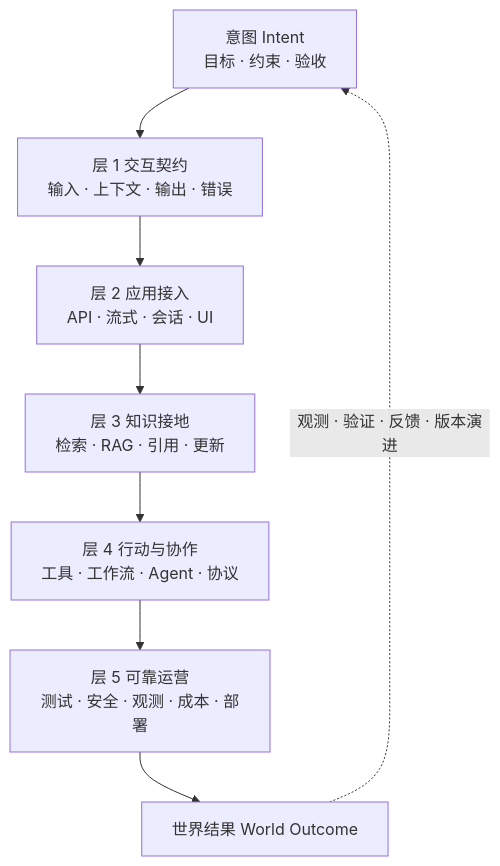
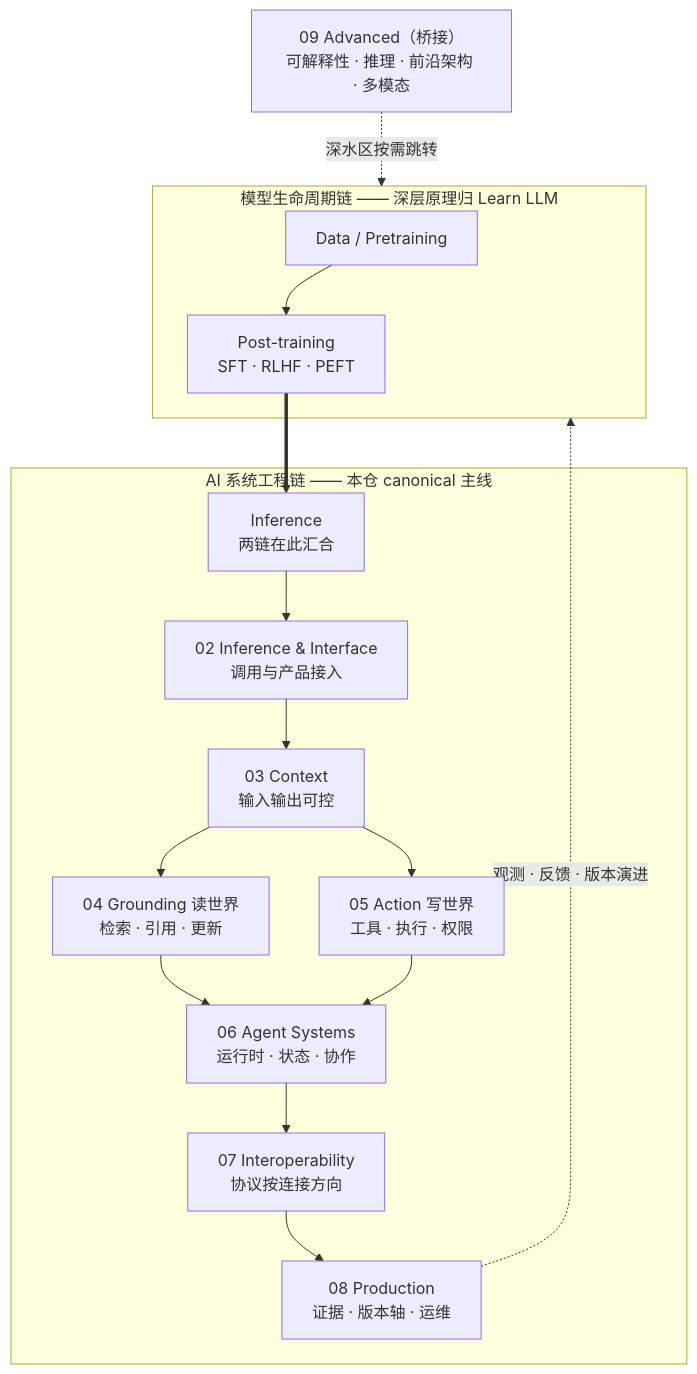
Before and after one commit to zenHeart/learn-ai: the diagram in docs/zh/tech/index.md, drawn with Mermaid. The commit also changed other lines of this file and 61 other files, not shown here.

First line of the commit message:
feat(waveA): add v6 group pages — model-lifecycle bridges, inference pair, context split, hooks, agentops, advanced cards

````diff
--- a/docs/zh/tech/index.md
+++ b/docs/zh/tech/index.md
@@ -32,10 +36,19 @@
 ```mermaid
 flowchart TB
-    I["意图 Intent<br/>目标 · 约束 · 验收"] --> L1["层 1 交互契约<br/>输入 · 上下文 · 输出 · 错误"]
-    L1 --> L2["层 2 应用接入<br/>API · 流式 · 会话 · UI"]
-    L2 --> L3["层 3 知识接地<br/>检索 · RAG · 引用 · 更新"]
-    L3 --> L4["层 4 行动与协作<br/>工具 · 工作流 · Agent · 协议"]
-    L4 --> L5["层 5 可靠运营<br/>测试 · 安全 · 观测 · 成本 · 部署"]
-    L5 --> W["世界结果 World Outcome"]
-    W -. "观测 · 验证 · 反馈 · 版本演进" .-> I
+    subgraph ML["模型生命周期链 —— 深层原理归 Learn LLM"]
+        M1["Data / Pretraining"] --> M2["Post-training<br/>SFT · RLHF · PEFT"]
+    end
+    M2 ==> INF["Inference<br/>两链在此汇合"]
+    subgraph SE["AI 系统工程链 —— 本仓 canonical 主线"]
+        INF --> C["02 Inference & Interface<br/>调用与产品接入"]
+        C --> CT["03 Context<br/>输入输出可控"]
+        CT --> G["04 Grounding 读世界<br/>检索 · 引用 · 更新"]
+        CT --> A["05 Action 写世界<br/>工具 · 执行 · 权限"]
+        G --> AG["06 Agent Systems<br/>运行时 · 状态 · 协作"]
+        A --> AG
+        AG --> IOP["07 Interoperability<br/>协议按连接方向"]
+        IOP --> P["08 Production<br/>证据 · 版本轴 · 运维"]
+    end
+    P -. "观测 · 反馈 · 版本演进" .-> ML
+    ADV["09 Advanced（桥接）<br/>可解释性 · 推理 · 前沿架构 · 多模态"] -. 深水区按需跳转 .-> ML
 ```
````
